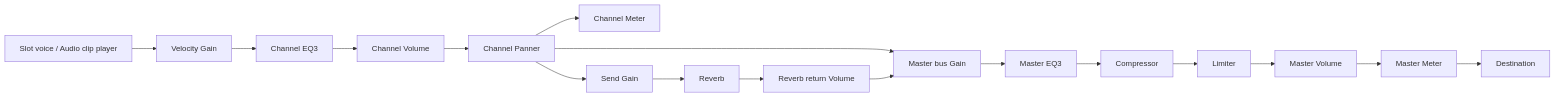
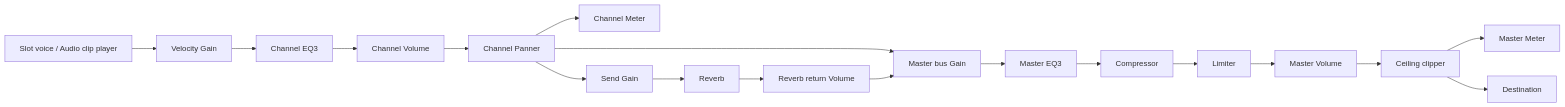
The diagram in docs/TRD.md (Dronzer2code/Krisp), drawn with Mermaid before and after one commit. The commit also changed other lines of this file and 8 other files, not shown here.

Commit message:
feat(T11): WAV export (offline render through the same engine + scheduler), MIDI export, ceiling clipper; VERIFY-7

````diff
--- a/docs/TRD.md
+++ b/docs/TRD.md
@@ -283,7 +283,8 @@
 ```mermaid
 flowchart LR
   V[Slot voice / Audio clip player] --> VG[Velocity Gain] --> EQ[Channel EQ3] --> VOL[Channel Volume] --> PAN[Channel Panner] --> CM[Channel Meter]
   PAN --> MB[Master bus Gain]
   PAN --> SEND[Send Gain] --> REV[Reverb] --> RR[Reverb return Volume] --> MB
-  MB --> MEQ[Master EQ3] --> COMP[Compressor] --> LIM[Limiter] --> MVOL[Master Volume] --> MM[Master Meter] --> OUT[Destination]
+  MB --> MEQ[Master EQ3] --> COMP[Compressor] --> LIM[Limiter] --> MVOL[Master Volume] --> CLIP[Ceiling clipper] --> MM[Master Meter]
+  CLIP --> OUT[Destination]
 ```
````
